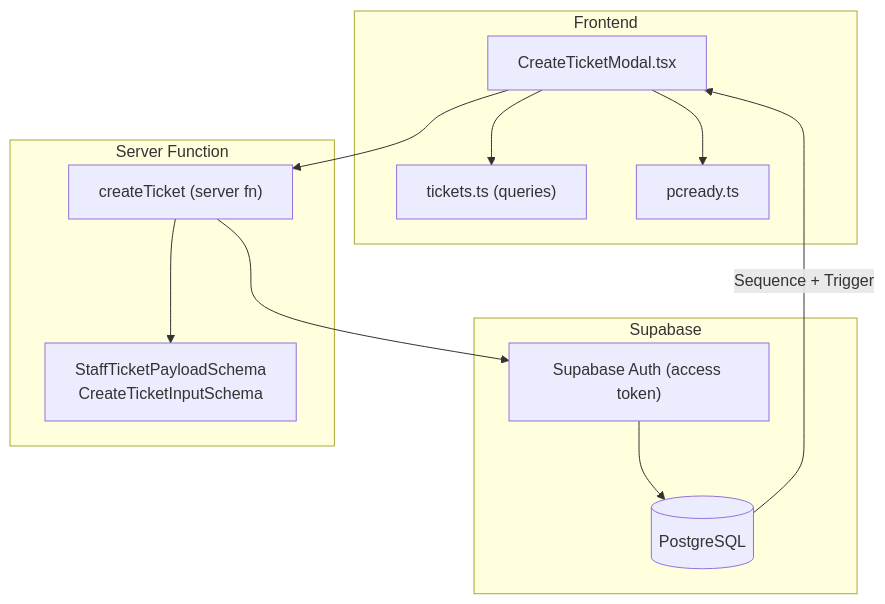
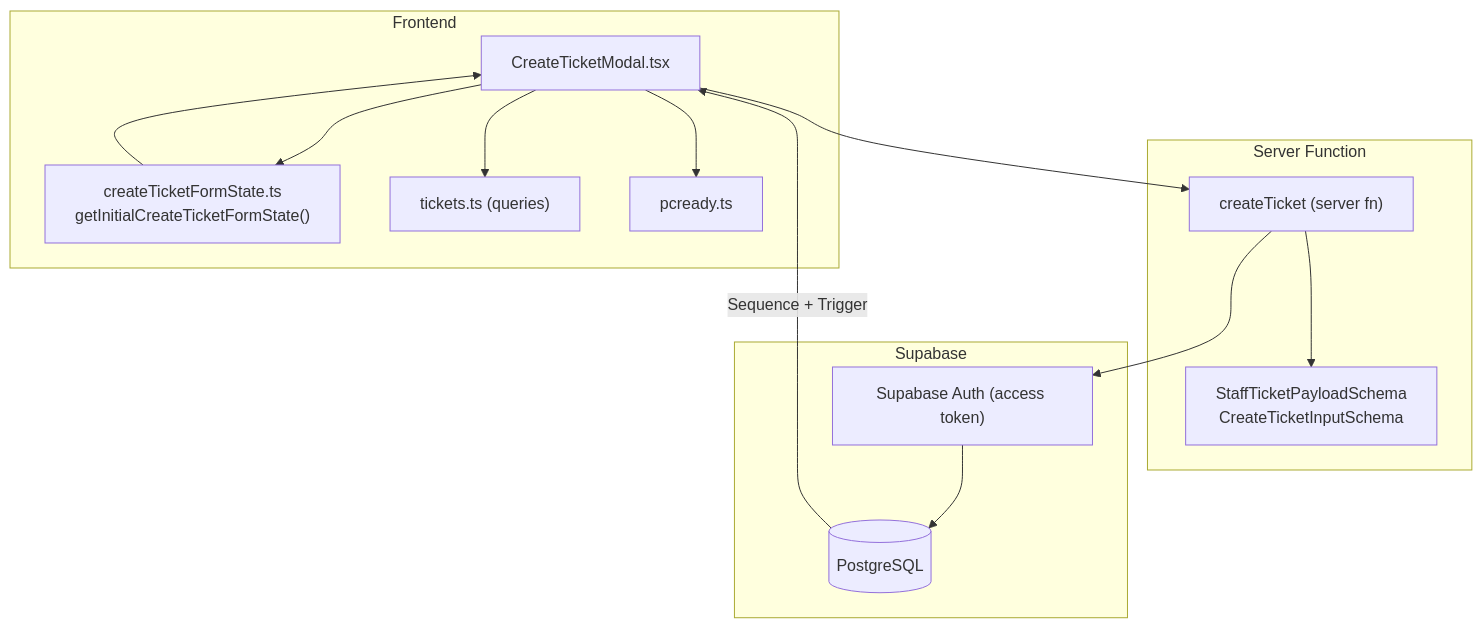
Before and after one commit to gastaldellomarco/pcReady: the first of 7 diagrams in .qoder/repowiki/en/content/Ticket Management System/Ticket Creation Workflow.md, drawn with Mermaid. The commit also changed other lines of this file and 15 other files, not shown here.

````diff
--- a/.qoder/repowiki/en/content/Ticket Management System/Ticket Creation Workflow.md
+++ b/.qoder/repowiki/en/content/Ticket Management System/Ticket Creation Workflow.md
@@ -35,23 +45,26 @@
 ```mermaid
 graph TB
 subgraph "Frontend"
 UI["CreateTicketModal.tsx"]
+State["createTicketFormState.ts<br/>getInitialCreateTicketFormState()"]
 Queries["tickets.ts (queries)"]
 Helpers["pcready.ts"]
 end
 subgraph "Server Function"
 Fn["createTicket (server fn)"]
 Zod["StaffTicketPayloadSchema<br/>CreateTicketInputSchema"]
 end
 subgraph "Supabase"
 Auth["Supabase Auth (access token)"]
 DB[("PostgreSQL")]
 end
+UI --> State
 UI --> Fn
 UI --> Queries
 UI --> Helpers
+State --> UI
 Fn --> Zod
 Fn --> Auth
 Auth --> DB
 DB --> |"Sequence + Trigger"| UI
 ```
````
